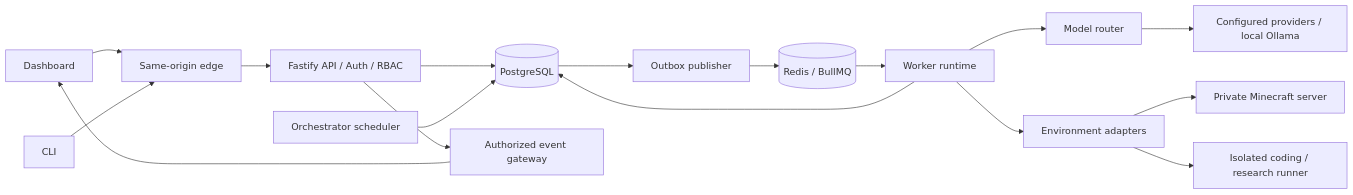
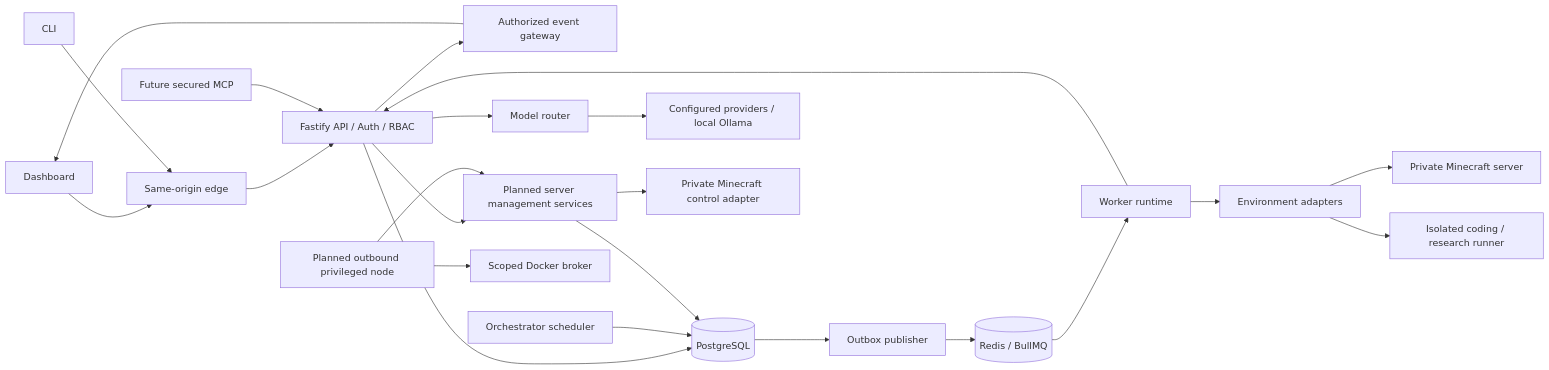
Before and after one commit to coldbathcode/craftlayer: the diagram in docs/architecture/system-design.md, drawn with Mermaid. The commit also changed other lines of this file and 44 other files, not shown here.

Commit message:
docs: reconcile unified Minecraft management delivery track

````diff
--- a/docs/architecture/system-design.md
+++ b/docs/architecture/system-design.md
@@ -7,19 +7,25 @@
 ```mermaid
 flowchart LR
   Browser[Dashboard] --> Edge[Same-origin edge]
   CLI[CLI] --> Edge
   Edge --> API[Fastify API / Auth / RBAC]
   API --> DB[(PostgreSQL)]
   API --> Events[Authorized event gateway]
   Scheduler[Orchestrator scheduler] --> DB
   DB --> Outbox[Outbox publisher]
   Outbox --> Queue[(Redis / BullMQ)]
   Queue --> Worker[Worker runtime]
-  Worker --> DB
-  Worker --> Router[Model router]
+  Worker --> API
+  API --> Router[Model router]
   Router --> Providers[Configured providers / local Ollama]
   Worker --> Adapter[Environment adapters]
   Adapter --> MC[Private Minecraft server]
   Adapter --> Isolated[Isolated coding / research runner]
   Events --> Browser
+  MCP[Future secured MCP] --> API
+  API --> Management[Planned server management services]
+  Management --> DB
+  Node[Planned outbound privileged node] --> Management
+  Node --> Docker[Scoped Docker broker]
+  Management --> Control[Private Minecraft control adapter]
 ```
````
